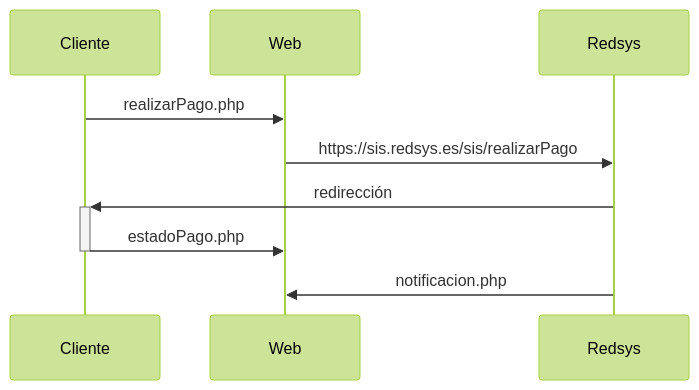
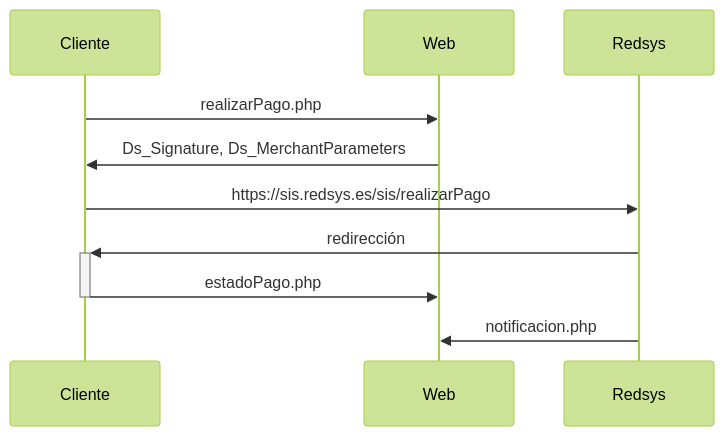
The diagram in redsys/README.md (jpbarbatic/php-avanzado), drawn with Mermaid (forest theme) before and after one commit.

Commit message:
Diagrama

````diff
--- a/redsys/README.md
+++ b/redsys/README.md
@@ -20,8 +20,9 @@
 ```mermaid
 sequenceDiagram
     Cliente->>Web: realizarPago.php
-    Web->>Redsys: https://sis.redsys.es/sis/realizarPago
+    Web->>Cliente: Ds_Signature, Ds_MerchantParameters
+    Cliente->>Redsys: https://sis.redsys.es/sis/realizarPago
     Redsys->>+Cliente: redirección
     Cliente->>-Web: estadoPago.php
     Redsys->>Web:notificacion.php
 ```
````
